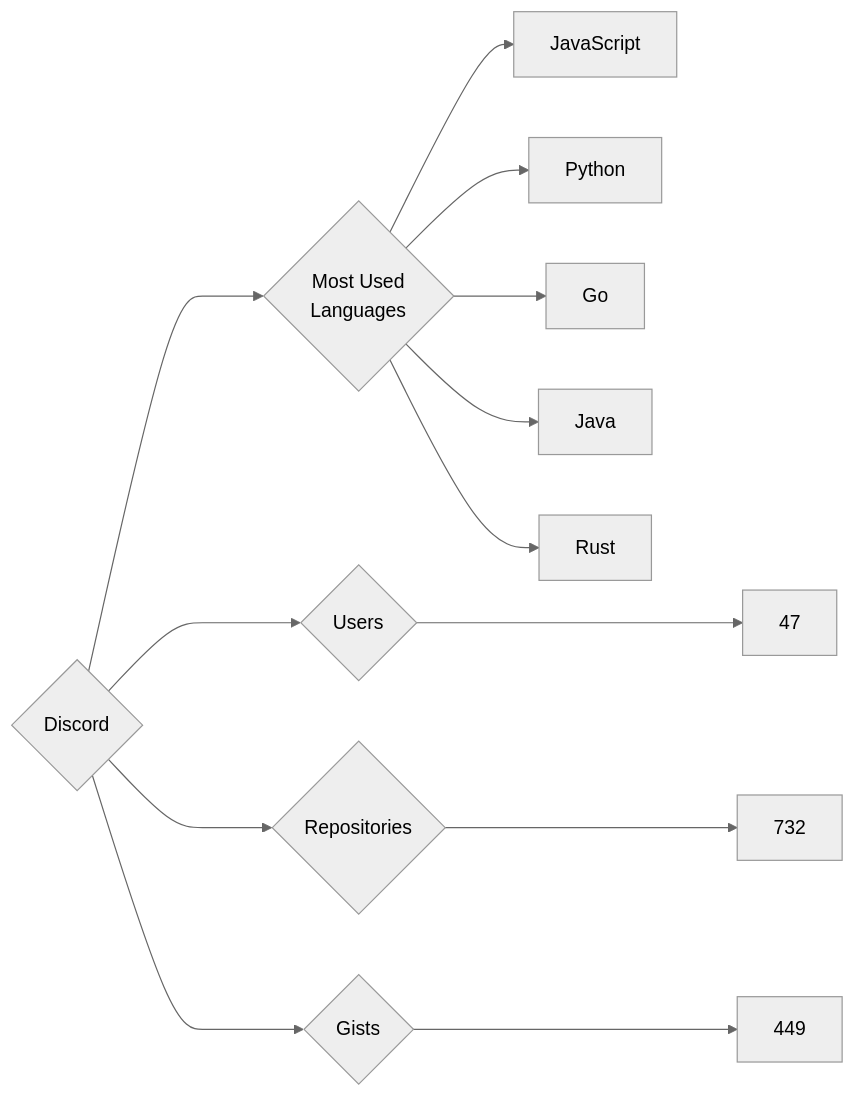
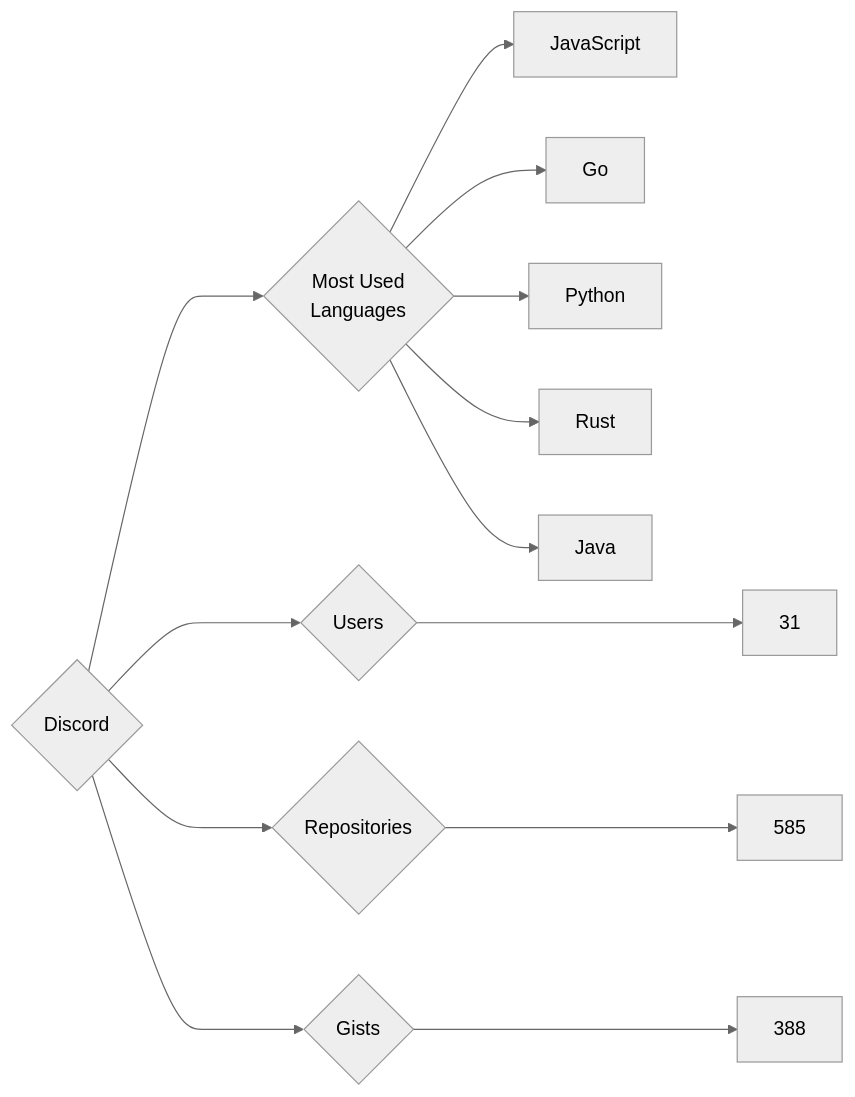
Before and after one commit to trickest/insiders: the diagram in targets/Discord/README.md, drawn with Mermaid (neutral theme). The commit also changed 826 other files, not shown here.

````diff
--- a/targets/Discord/README.md
+++ b/targets/Discord/README.md
@@ -3,13 +3,13 @@
 ```mermaid
 graph LR
 COMPANY_NAME{Discord}
-COMPANY_NAME ---> U{Users} ---> UN[47]
-COMPANY_NAME ---> R{Repositories} ---> RN[732]
-COMPANY_NAME ---> G{Gists} ---> GN[449]
+COMPANY_NAME ---> U{Users} ---> UN[31]
+COMPANY_NAME ---> R{Repositories} ---> RN[585]
+COMPANY_NAME ---> G{Gists} ---> GN[388]
 COMPANY_NAME ---> ML{Most Used<br>Languages}
 ML --> JavaScript[JavaScript]
+ML --> Go[Go]
 ML --> Python[Python]
-ML --> Go[Go]
+ML --> Rust[Rust]
 ML --> Java[Java]
-ML --> Rust[Rust]
 ```
````
